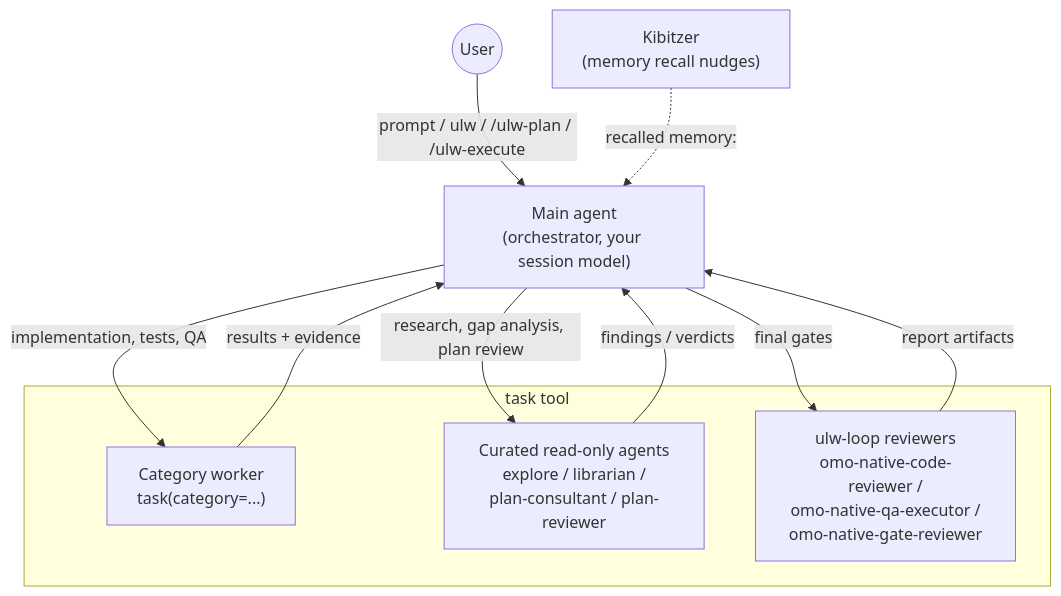
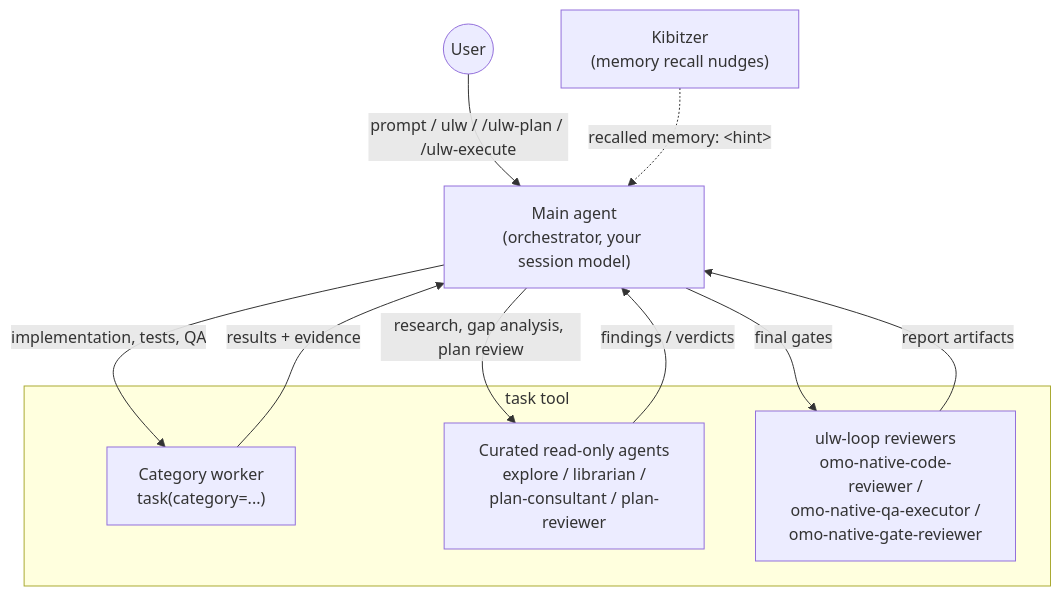
The first of 2 diagrams in docs/guide/orchestration.md (code-yeongyu/oh-my-openagent), drawn with Mermaid before and after one commit. The commit also changed other lines of this file and 16 other files, not shown here.

First line of the commit message:
fix(web): render docs Mermaid diagrams as build-time SVG and give headings ids

````diff
--- a/docs/guide/orchestration.md
+++ b/docs/guide/orchestration.md
@@ -39,22 +39,22 @@
 ```mermaid
 flowchart TB
     User(("User"))
     Main["Main agent<br/>(orchestrator, your session model)"]
 
     subgraph Delegation["task tool"]
         Worker["Category worker<br/>task(category=...)"]
         Curated["Curated read-only agents<br/>explore / librarian /<br/>plan-consultant / plan-reviewer"]
         Reviewers["ulw-loop reviewers<br/>omo-native-code-reviewer /<br/>omo-native-qa-executor /<br/>omo-native-gate-reviewer"]
     end
 
     Kibitzer["Kibitzer<br/>(memory recall nudges)"]
 
     User -->|"prompt / ulw / /ulw-plan / /ulw-execute"| Main
     Main -->|"implementation, tests, QA"| Worker
     Main -->|"research, gap analysis, plan review"| Curated
     Main -->|"final gates"| Reviewers
-    Kibitzer -.->|"recalled memory: <hint>"| Main
+    Kibitzer -.->|"recalled memory: #lt;hint#gt;"| Main
     Worker -->|"results + evidence"| Main
     Curated -->|"findings / verdicts"| Main
     Reviewers -->|"report artifacts"| Main
 ```
````
